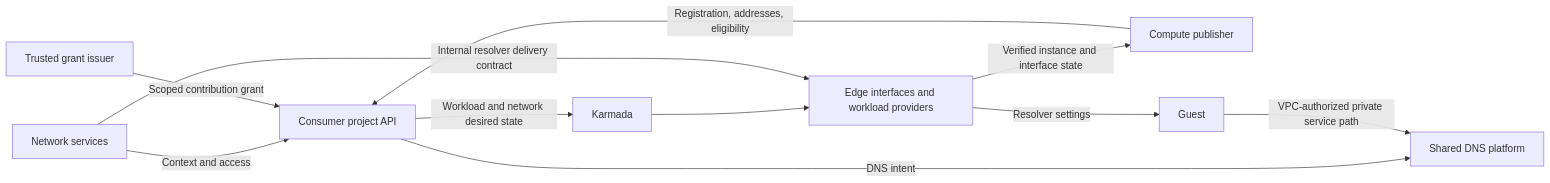
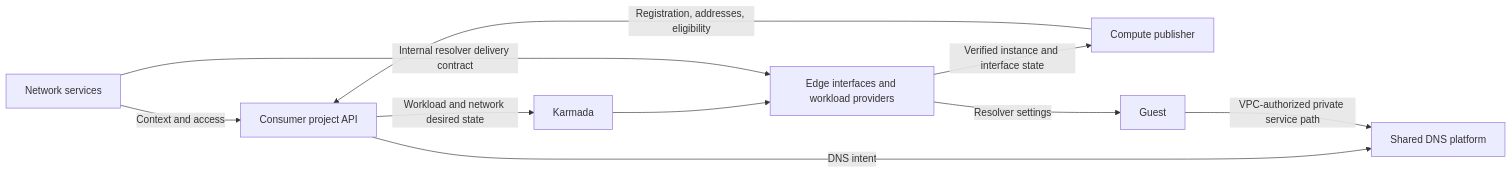
One commit to datum-cloud/compute changed the diagram in docs/enhancements/internal-dns/README.md. Above: the diagram before and after it, drawn with Mermaid. The commit also changed other lines of this file, not shown here.

````diff
--- a/docs/enhancements/internal-dns/README.md
+++ b/docs/enhancements/internal-dns/README.md
@@ -112,13 +112,12 @@
 ```mermaid
 flowchart LR
   N[Network services] -->|Context and access| P[Consumer project API]
   C[Compute publisher] -->|Registration, addresses, eligibility| P
-  I[Trusted grant issuer] -->|Scoped contribution grant| P
   P -->|DNS intent| D[Shared DNS platform]
   P -->|Workload and network desired state| K[Karmada]
   K --> E[Edge interfaces and workload providers]
   N -->|Internal resolver delivery contract| E
   E -->|Verified instance and interface state| C
   E -->|Resolver settings| G[Guest]
   G -->|VPC-authorized private service path| D
 ```
````
